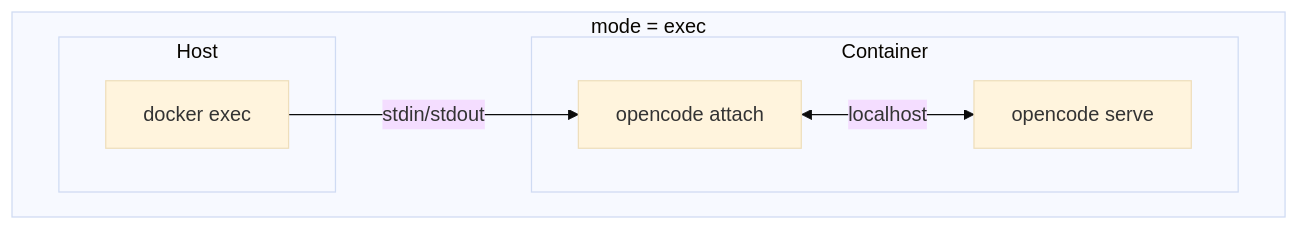
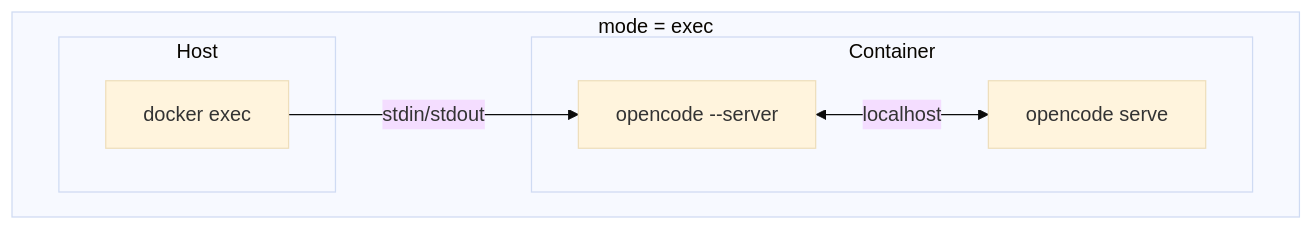
One commit to seznam/jailoc changed the second of 2 diagrams in docs/explanation/access-modes.md. Above: the diagram before and after it, drawn with Mermaid (base theme). The commit also changed other lines of this file and 22 other files, not shown here.

````diff
--- a/docs/explanation/access-modes.md
+++ b/docs/explanation/access-modes.md
@@ -36,14 +36,14 @@
 ```mermaid
 flowchart TB
     subgraph exec["mode = exec"]
         subgraph eh["Host"]
             ea["docker exec"]
         end
         subgraph ec["Container"]
-            ec_client["opencode attach"]
+            ec_client["opencode --server"]
             ec_server["opencode serve"]
             ec_client <-->|localhost| ec_server
         end
         ea -->|stdin/stdout| ec_client
     end
 ```
````
